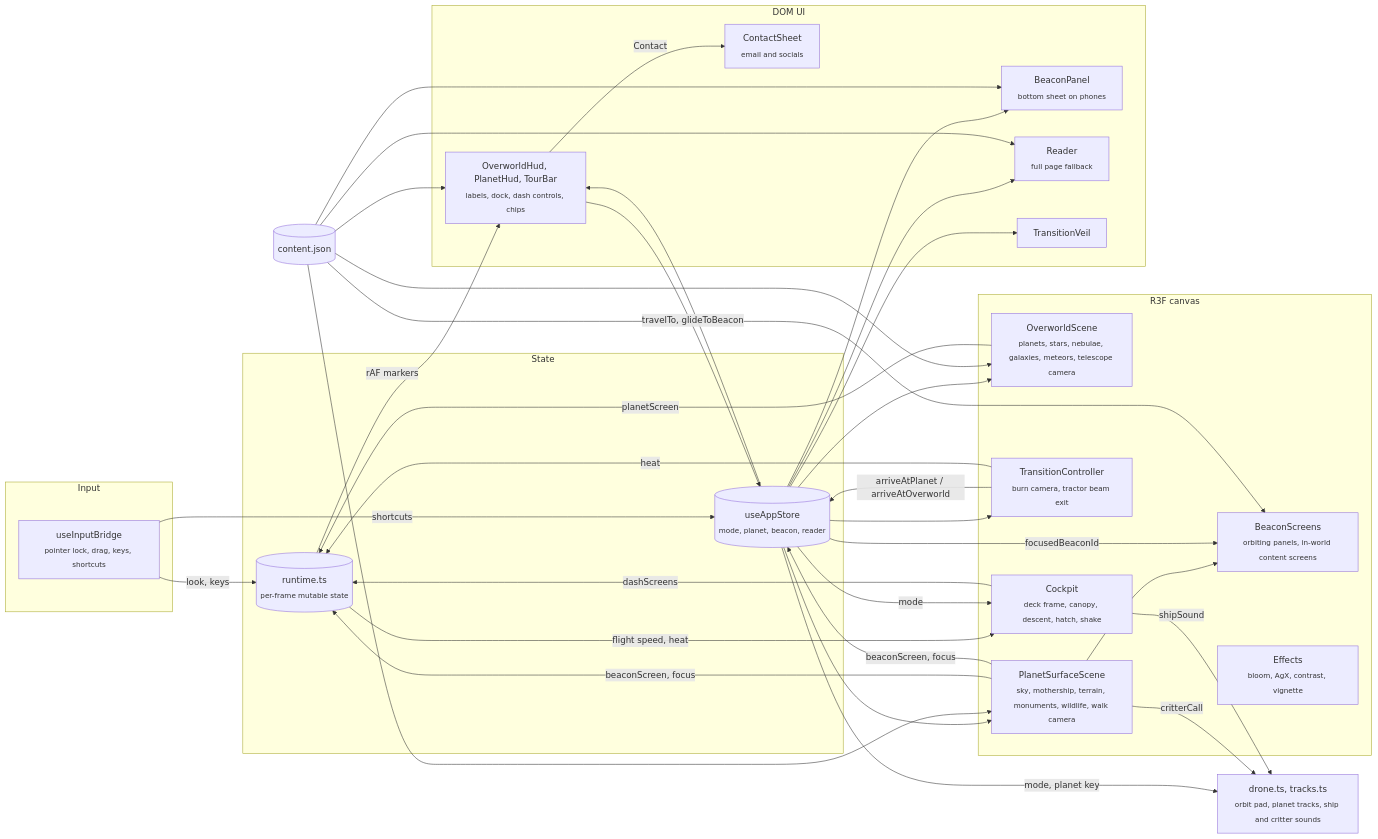
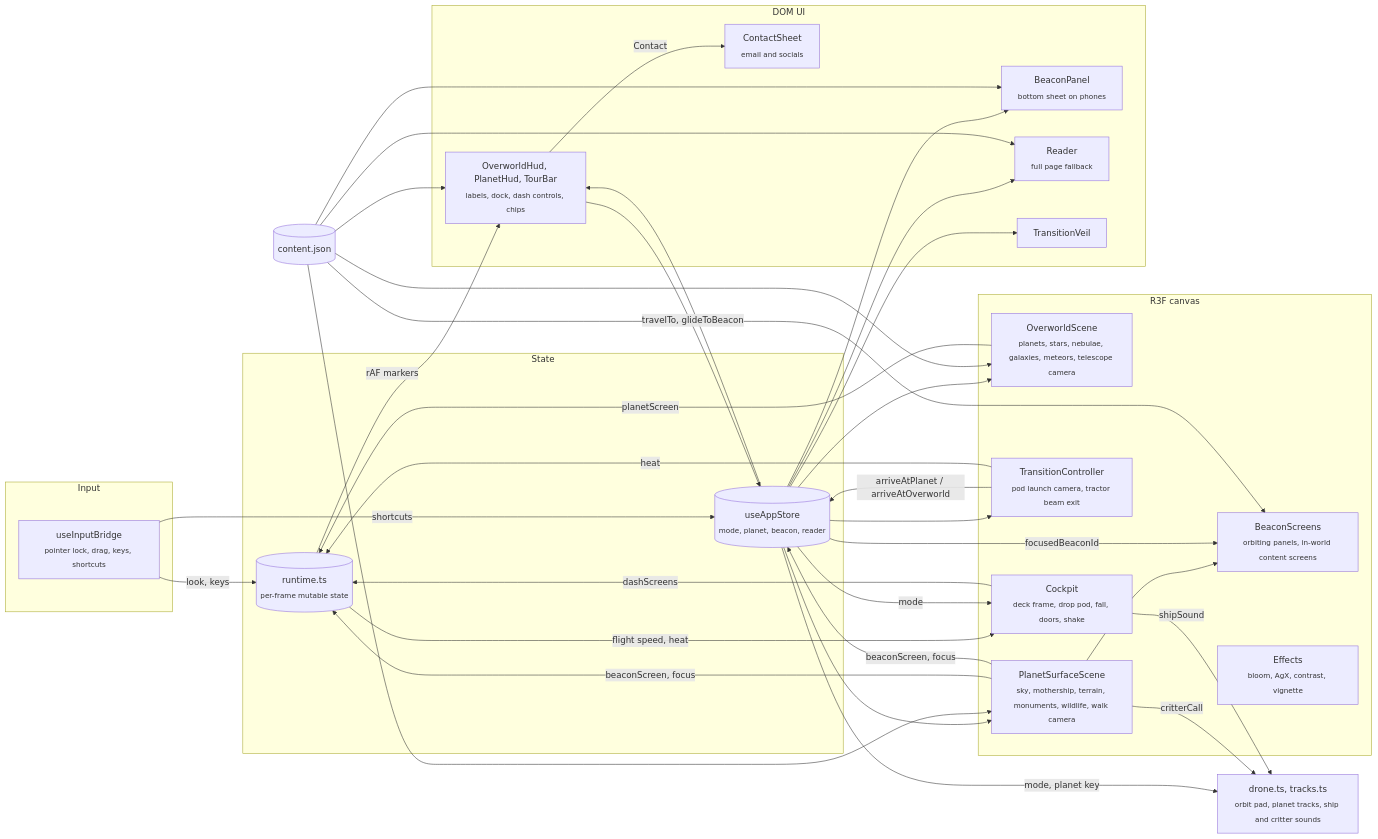
Before and after one commit to teddycitrus/portfolio: the first of 2 diagrams in README.md, drawn with Mermaid. The commit also changed other lines of this file and 9 other files, not shown here.

Commit message:
added drop pod landing with impact dust, mothership now cruises overhead

````diff
--- a/README.md
+++ b/README.md
@@ -19,47 +19,47 @@
 ```mermaid
 flowchart LR
   subgraph Input
     bridge["useInputBridge<br/><sub>pointer lock, drag, keys, shortcuts</sub>"]
   end
   subgraph State
     store[("useAppStore<br/><sub>mode, planet, beacon, reader</sub>")]
     runtime[("runtime.ts<br/><sub>per-frame mutable state</sub>")]
   end
   subgraph Canvas["R3F canvas"]
     overworld["OverworldScene<br/><sub>planets, stars, nebulae, galaxies, meteors, telescope camera</sub>"]
     surface["PlanetSurfaceScene<br/><sub>sky, mothership, terrain, monuments, wildlife, walk camera</sub>"]
     screens["BeaconScreens<br/><sub>orbiting panels, in-world content screens</sub>"]
-    transition["TransitionController<br/><sub>burn camera, tractor beam exit</sub>"]
-    ship["Cockpit<br/><sub>deck frame, canopy, descent, hatch, shake</sub>"]
+    transition["TransitionController<br/><sub>pod launch camera, tractor beam exit</sub>"]
+    ship["Cockpit<br/><sub>deck frame, drop pod, fall, doors, shake</sub>"]
     fx["Effects<br/><sub>bloom, AgX, contrast, vignette</sub>"]
   end
   subgraph DOM["DOM UI"]
     hud["OverworldHud, PlanetHud, TourBar<br/><sub>labels, dock, dash controls, chips</sub>"]
     contact["ContactSheet<br/><sub>email and socials</sub>"]
     panel["BeaconPanel<br/><sub>bottom sheet on phones</sub>"]
     reader["Reader<br/><sub>full page fallback</sub>"]
     veil["TransitionVeil"]
   end
   content[("content.json")]
   drone["drone.ts, tracks.ts<br/><sub>orbit pad, planet tracks, ship and critter sounds</sub>"]
 
   bridge -->|"look, keys"| runtime
   bridge -->|"shortcuts"| store
   store --> overworld & surface & transition & hud & panel & reader & veil
   overworld -->|"planetScreen"| runtime
   surface -->|"beaconScreen, focus"| runtime & store
   runtime -->|"rAF markers"| hud
   surface --> screens
   surface -->|"critterCall"| drone
   store -->|"focusedBeaconId"| screens
   store -->|"mode, planet key"| drone
   content --> overworld & surface & hud & panel & reader & screens
   hud -->|"travelTo, glideToBeacon"| store
   transition -->|"arriveAtPlanet / arriveAtOverworld"| store
   transition -->|"heat"| runtime
   runtime -->|"flight speed, heat"| ship
   store -->|"mode"| ship
   ship -->|"shipSound"| drone
   ship -->|"dashScreens"| runtime
   hud -->|"Contact"| contact
 ```
````
